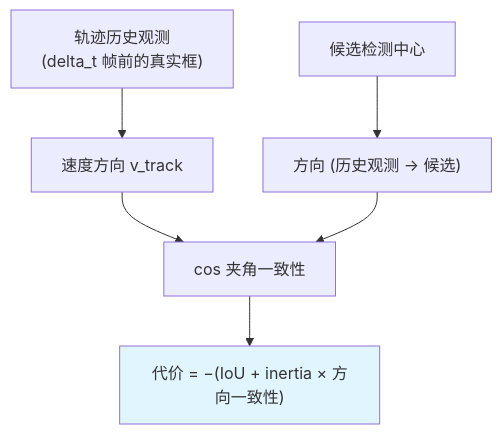
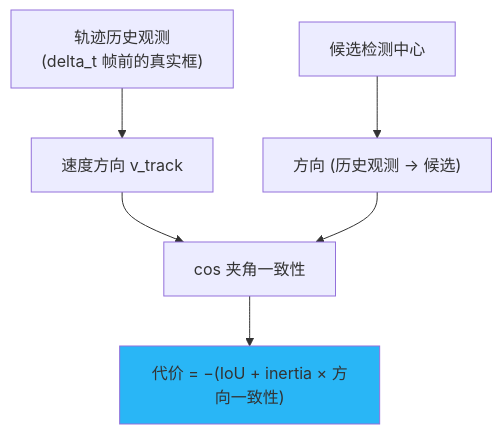
One commit to yyq19990828/onnxtools changed the second of 4 diagrams in docs/guides/tracking/ocsort.md. Above: the diagram before and after it, drawn with Mermaid. The commit also changed other lines of this file and 12 other files, not shown here.

First line of the commit message:
fix(docs): 修复 mermaid 暗色模式配色 + 语法报错 + 数学公式渲染

````diff
--- a/docs/guides/tracking/ocsort.md
+++ b/docs/guides/tracking/ocsort.md
@@ -44,9 +44,9 @@
 ```mermaid
 graph TD
     HIST["轨迹历史观测<br/>(delta_t 帧前的真实框)"] --> VEL["速度方向 v_track"]
     CAND["候选检测中心"] --> DIR["方向 (历史观测 → 候选)"]
     VEL --> COS["cos 夹角一致性"]
     DIR --> COS
     COS --> COST["代价 = −(IoU + inertia × 方向一致性)"]
-    style COST fill:#e1f5fe
+    style COST fill:#29b6f6
 ```
````
